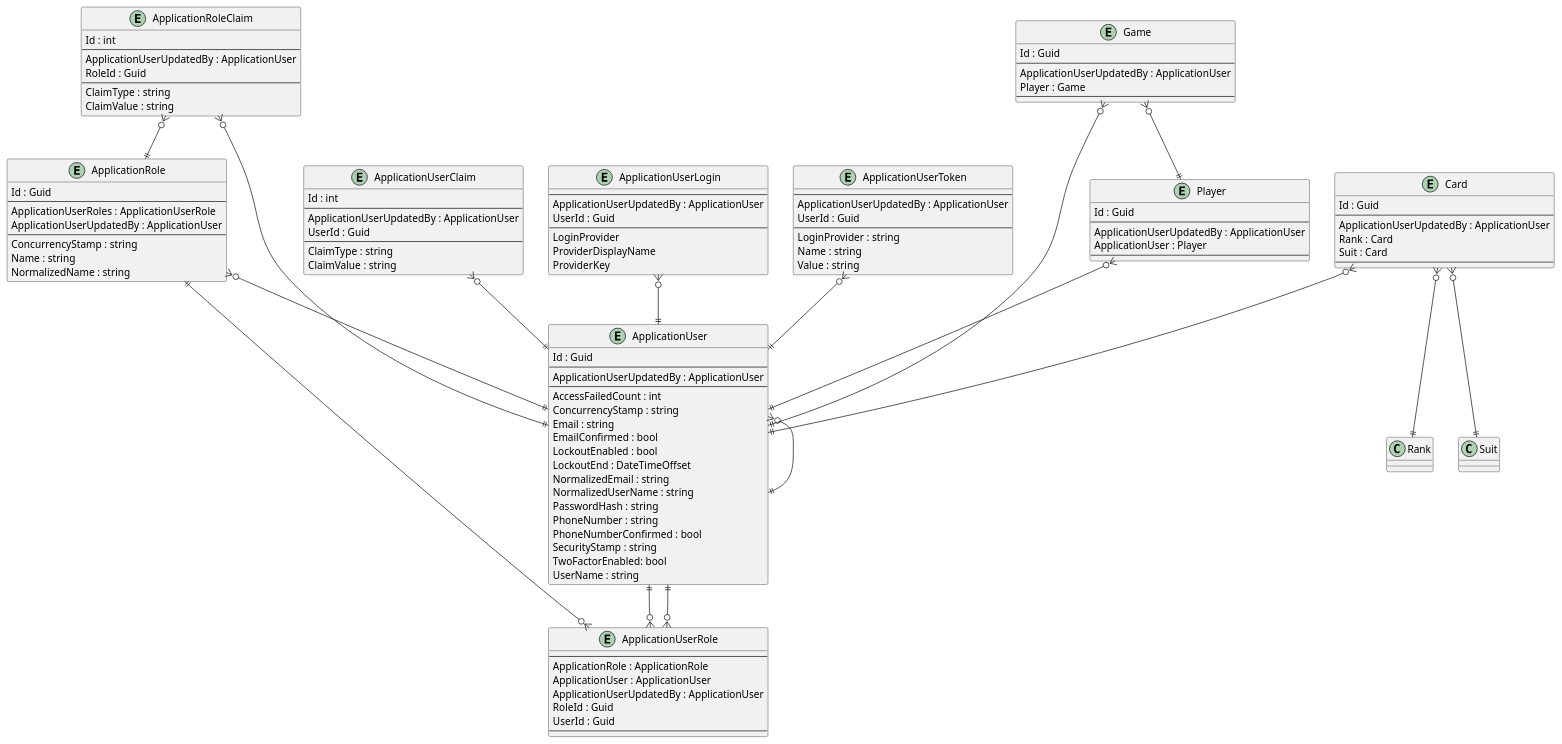
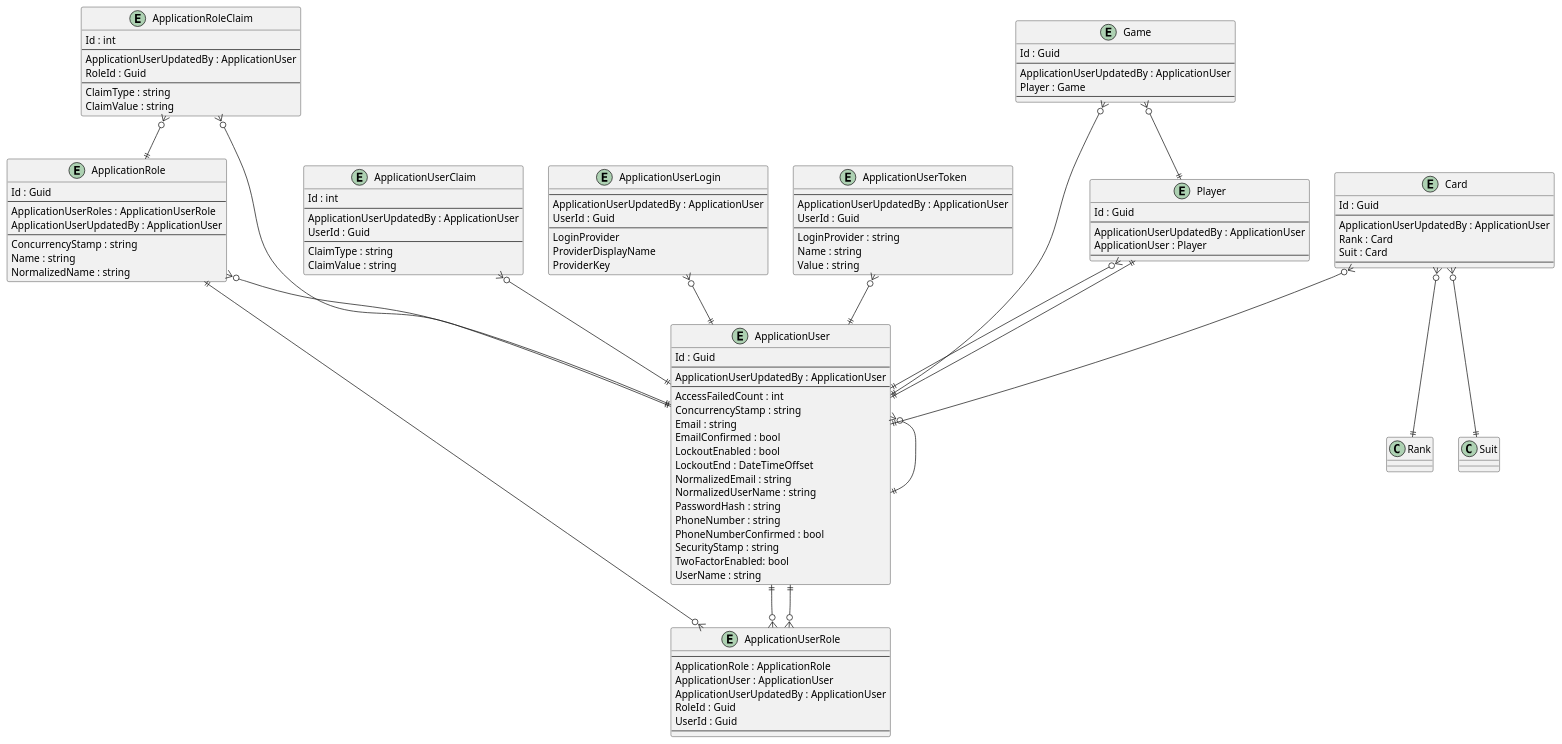
The diagram in .docs/Intrepion.KlondikeSolitaire.pu (intrepion/intrepion_klondike-solitaire_csharp), drawn with PlantUML before and after one commit.

```diff
--- a/.docs/Intrepion.KlondikeSolitaire.pu
+++ b/.docs/Intrepion.KlondikeSolitaire.pu
@@ -1,138 +1,139 @@
 @startuml
 
 entity ApplicationRole {
     Id : Guid
     --
     ApplicationUserRoles : ApplicationUserRole
     ApplicationUserUpdatedBy : ApplicationUser
     --
     ConcurrencyStamp : string
     Name : string
     NormalizedName : string
 }
 
 entity ApplicationRoleClaim {
     Id : int
     --
     ApplicationUserUpdatedBy : ApplicationUser
     RoleId : Guid
     --
     ClaimType : string
     ClaimValue : string
 }
 
 entity ApplicationUser {
     Id : Guid
     --
     ApplicationUserUpdatedBy : ApplicationUser
     ' ApplicationUserKeyCodePlaceholder
     --
     AccessFailedCount : int
     ConcurrencyStamp : string
     Email : string
     EmailConfirmed : bool
     LockoutEnabled : bool
     LockoutEnd : DateTimeOffset
     NormalizedEmail : string
     NormalizedUserName : string
     PasswordHash : string
     PhoneNumber : string
     PhoneNumberConfirmed : bool
     SecurityStamp : string
     TwoFactorEnabled: bool
     UserName : string
 }
 
 entity ApplicationUserClaim {
     Id : int
     --
     ApplicationUserUpdatedBy : ApplicationUser
     UserId : Guid
     --
     ClaimType : string
     ClaimValue : string
 }
 
 entity ApplicationUserLogin {
     --
     ApplicationUserUpdatedBy : ApplicationUser
     UserId : Guid
     --
     LoginProvider
     ProviderDisplayName
     ProviderKey
 }
 
 entity ApplicationUserRole {
     --
     ApplicationRole : ApplicationRole
     ApplicationUser : ApplicationUser
     ApplicationUserUpdatedBy : ApplicationUser
     RoleId : Guid
     UserId : Guid
     --
 }
 
 entity ApplicationUserToken {
     --
     ApplicationUserUpdatedBy : ApplicationUser
     UserId : Guid
     --
     LoginProvider : string
     Name : string
     Value : string
 }
 
 entity Card {
     Id : Guid
     --
     ApplicationUserUpdatedBy : ApplicationUser
     Rank : Card
     Suit : Card
     ' CardKeyCodePlaceholder
     --
     ' CardPropertyCodePlaceholder
 }
 
 entity Game {
     Id : Guid
     --
     ApplicationUserUpdatedBy : ApplicationUser
     Player : Game
     ' GameKeyCodePlaceholder
     --
     ' GamePropertyCodePlaceholder
 }
 
 entity Player {
     Id : Guid
     --
     ApplicationUserUpdatedBy : ApplicationUser
     ApplicationUser : Player
     ' PlayerKeyCodePlaceholder
     --
     ' PlayerPropertyCodePlaceholder
 }
 
 ' EntityCodePlaceholder
 
 ApplicationRole ||--o{ ApplicationUserRole
 ApplicationRole }o--|| ApplicationUser
 ApplicationRoleClaim }o--|| ApplicationRole
 ApplicationRoleClaim }o--|| ApplicationUser
 ApplicationUser }o--|| ApplicationUser
 ApplicationUser ||--o{ ApplicationUserRole
 ApplicationUserClaim }o--|| ApplicationUser
 ApplicationUserLogin }o--|| ApplicationUser
 ApplicationUserRole }o--|| ApplicationUser
 ApplicationUserToken }o--|| ApplicationUser
 
 Card }o--|| ApplicationUser
 Card }o--|| Rank
 Card }o--|| Suit
 Game }o--|| ApplicationUser
 Game }o--|| Player
 Player }o--|| ApplicationUser
+Player ||--|| ApplicationUser
 ' RelationshipCodePlaceholder
 
 @enduml
```
